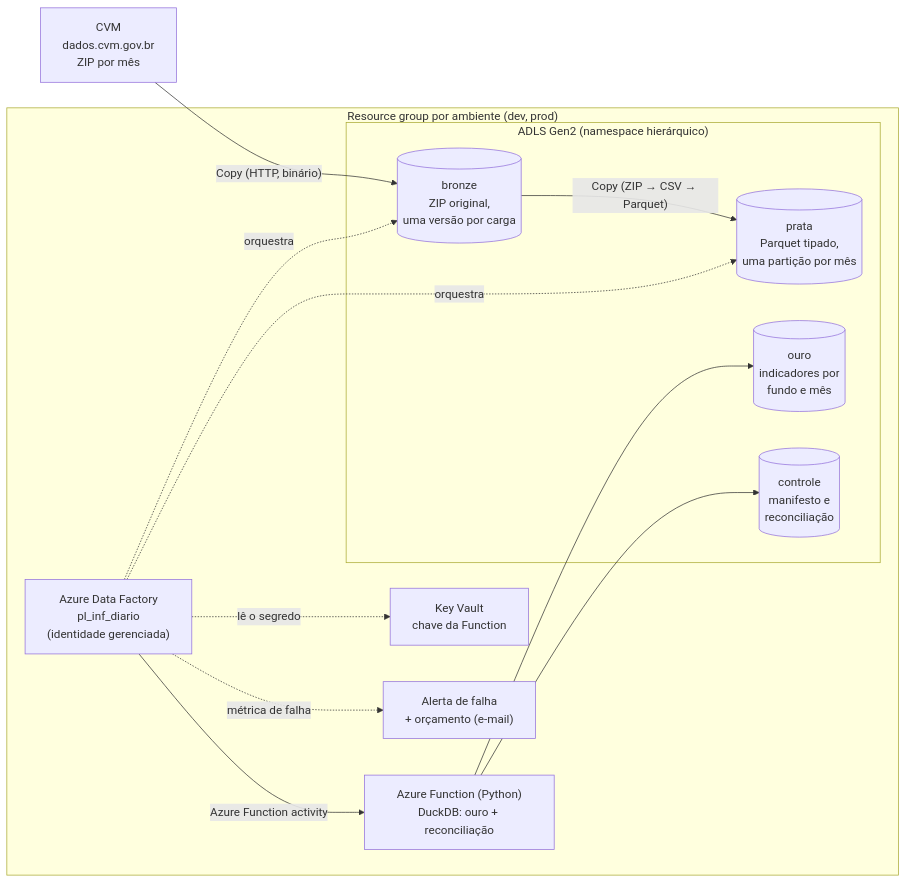
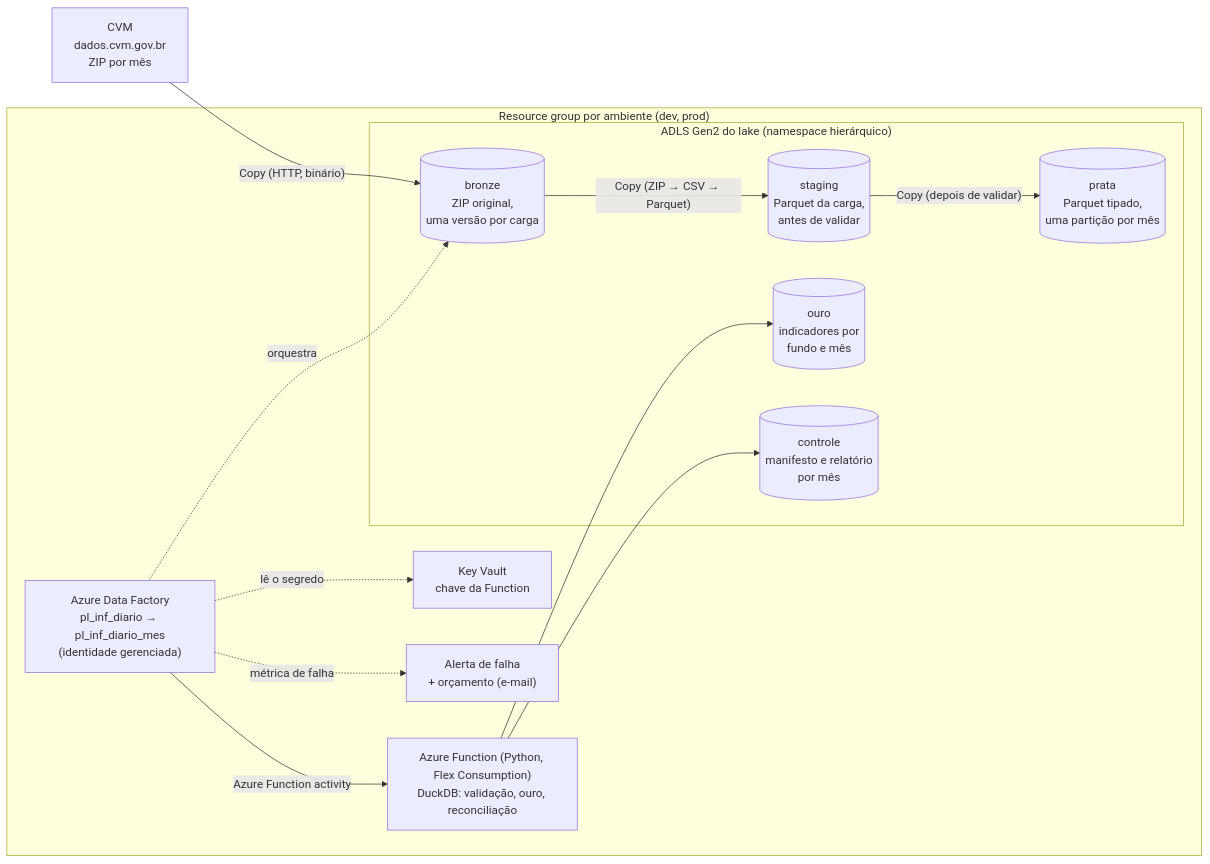
The first of 3 diagrams in docs/arquitetura.md (alanjoffre/cvm-azure-data-lake), drawn with Mermaid before and after one commit. The commit also changed other lines of this file and 4 other files, not shown here.

````diff
--- a/docs/arquitetura.md
+++ b/docs/arquitetura.md
@@ -43,25 +43,26 @@
 ```mermaid
 flowchart LR
     CVM["CVM<br/>dados.cvm.gov.br<br/>ZIP por mês"]
     subgraph RG["Resource group por ambiente (dev, prod)"]
-        ADF["Azure Data Factory<br/>pl_inf_diario<br/>(identidade gerenciada)"]
-        subgraph ADLS["ADLS Gen2 (namespace hierárquico)"]
+        ADF["Azure Data Factory<br/>pl_inf_diario → pl_inf_diario_mes<br/>(identidade gerenciada)"]
+        subgraph ADLS["ADLS Gen2 do lake (namespace hierárquico)"]
             B[("bronze<br/>ZIP original,<br/>uma versão por carga")]
+            S[("staging<br/>Parquet da carga,<br/>antes de validar")]
             P[("prata<br/>Parquet tipado,<br/>uma partição por mês")]
             O[("ouro<br/>indicadores por<br/>fundo e mês")]
-            C[("controle<br/>manifesto e<br/>reconciliação")]
+            C[("controle<br/>manifesto e relatório<br/>por mês")]
         end
-        FN["Azure Function (Python)<br/>DuckDB: ouro + reconciliação"]
+        FN["Azure Function (Python, Flex Consumption)<br/>DuckDB: validação, ouro, reconciliação"]
         KV["Key Vault<br/>chave da Function"]
         AL["Alerta de falha<br/>+ orçamento (e-mail)"]
     end
     CVM -- "Copy (HTTP, binário)" --> B
-    B -- "Copy (ZIP → CSV → Parquet)" --> P
+    B -- "Copy (ZIP → CSV → Parquet)" --> S
+    S -- "Copy (depois de validar)" --> P
     ADF -. orquestra .-> B
-    ADF -. orquestra .-> P
     ADF -- "Azure Function activity" --> FN
     FN --> O
     FN --> C
     ADF -. "lê o segredo" .-> KV
     ADF -. métrica de falha .-> AL
 ```
````
